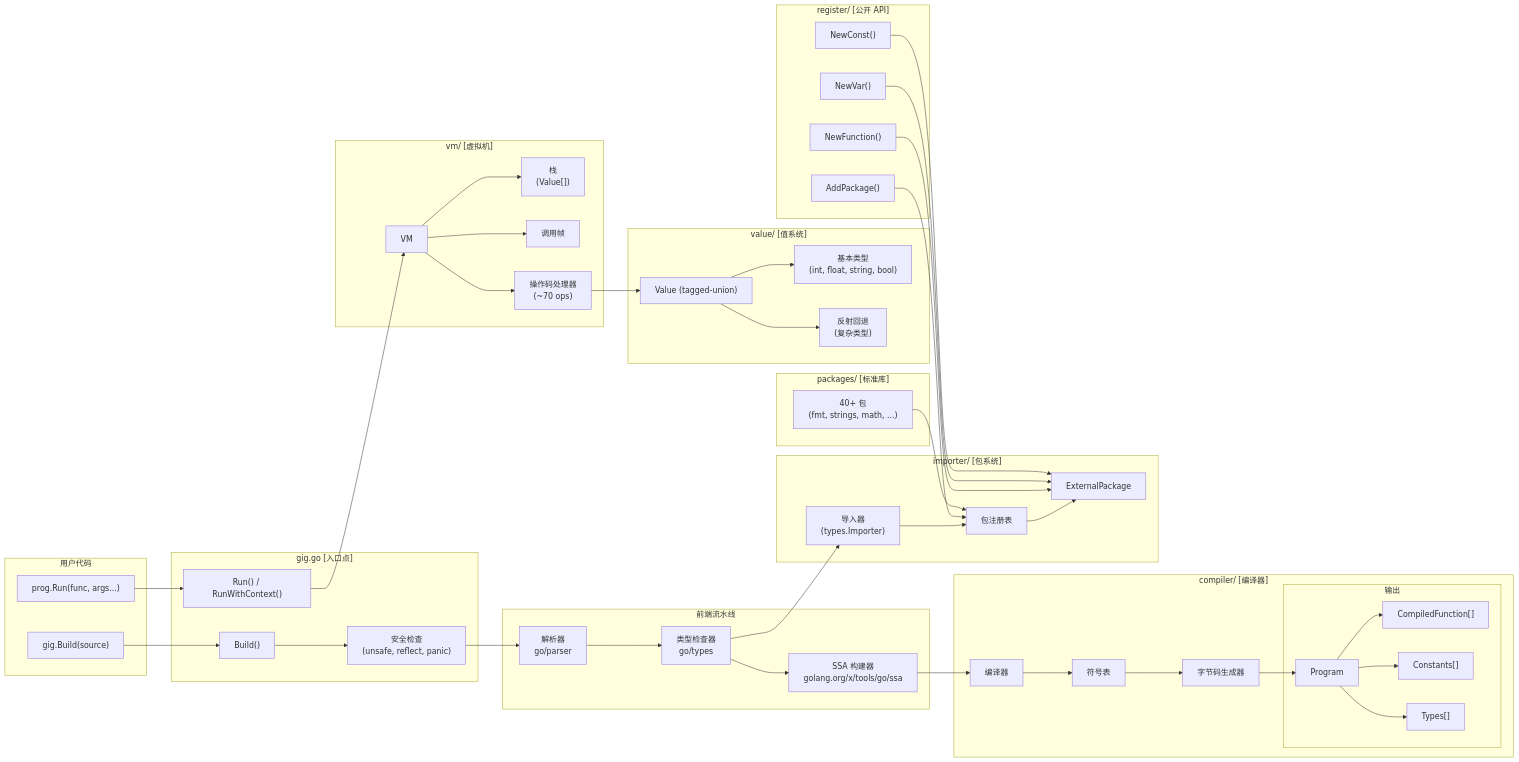
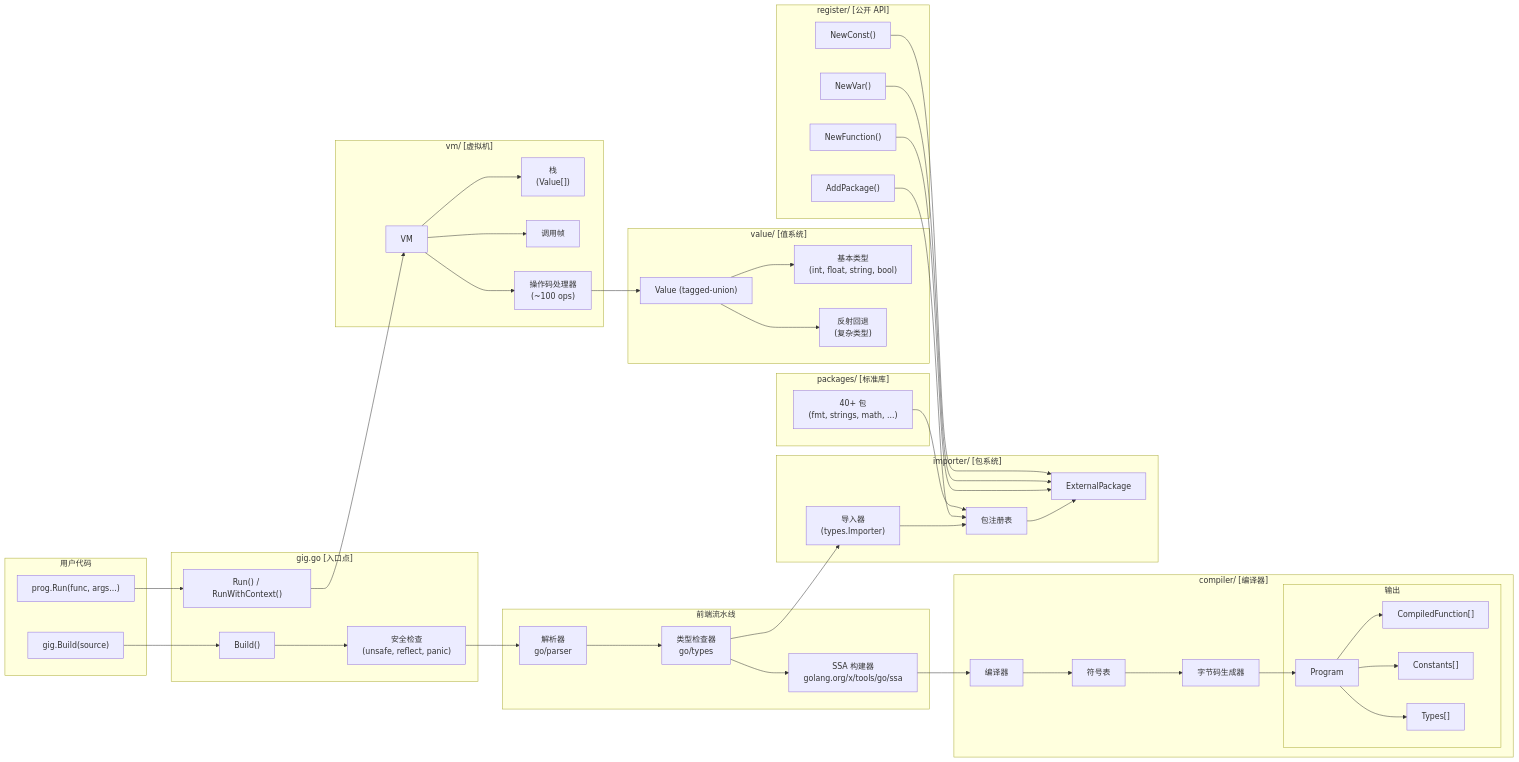
One commit to t04dJ14n9/gig changed the second of 7 diagrams in README_CN.md. Above: the diagram before and after it, drawn with Mermaid. The commit also changed other lines of this file and 246 other files, not shown here.

````diff
--- a/README_CN.md
+++ b/README_CN.md
@@ -376,19 +423,19 @@
         UC["gig.Build(source)"]
         UR["prog.Run(func, args...)"]
     end
-    
+
     subgraph "gig.go [入口点]"
         BUILD["Build()"]
         SECURITY["安全检查<br/>(unsafe, reflect, panic)"]
         RUN["Run() / RunWithContext()"]
     end
-    
+
     subgraph "前端流水线"
         PARSE["解析器<br/>go/parser"]
         TC["类型检查器<br/>go/types"]
         SSABUILD["SSA 构建器<br/>golang.org/x/tools/go/ssa"]
     end
-    
+
     subgraph "compiler/ [编译器]"
         COMPILER["编译器"]
         SYMTAP["符号表"]
@@ -400,37 +447,37 @@
             CTYPES["Types[]"]
         end
     end
-    
+
     subgraph "vm/ [虚拟机]"
         VM["VM"]
         STACK["栈<br/>(Value[])"]
         FRAMES["调用帧"]
-        OPS["操作码处理器<br/>(~70 ops)"]
+        OPS["操作码处理器<br/>(~100 ops)"]
     end
-    
+
     subgraph "value/ [值系统]"
         VAL["Value (tagged-union)"]
         PRIM["基本类型<br/>(int, float, string, bool)"]
         REF["反射回退<br/>(复杂类型)"]
     end
-    
+
     subgraph "importer/ [包系统]"
         IMP["导入器<br/>(types.Importer)"]
         REG["包注册表"]
         EXTTYPE["ExternalPackage"]
     end
-    
+
     subgraph "register/ [公开 API]"
         REGAPI["AddPackage()"]
         REGFUNC["NewFunction()"]
         REGVAR["NewVar()"]
         REGCONST["NewConst()"]
     end
-    
+
     subgraph "packages/ [标准库]"
         STDLIB["40+ 包<br/>(fmt, strings, math, ...)"]
     end
-    
+
     UC --> BUILD
     BUILD --> SECURITY
     SECURITY --> PARSE
@@ -443,7 +490,7 @@
     PROG --> CFUNC
     PROG --> CCONST
     PROG --> CTYPES
-    
+
     UR --> RUN
     RUN --> VM
     VM --> STACK
@@ -452,15 +499,15 @@
     OPS --> VAL
     VAL --> PRIM
     VAL --> REF
-    
+
     TC --> IMP
     IMP --> REG
     REG --> EXTTYPE
-    
+
     REGAPI --> REG
     REGFUNC --> EXTTYPE
     REGVAR --> EXTTYPE
     REGCONST --> EXTTYPE
-    
+
     STDLIB --> REG
 ```
````
